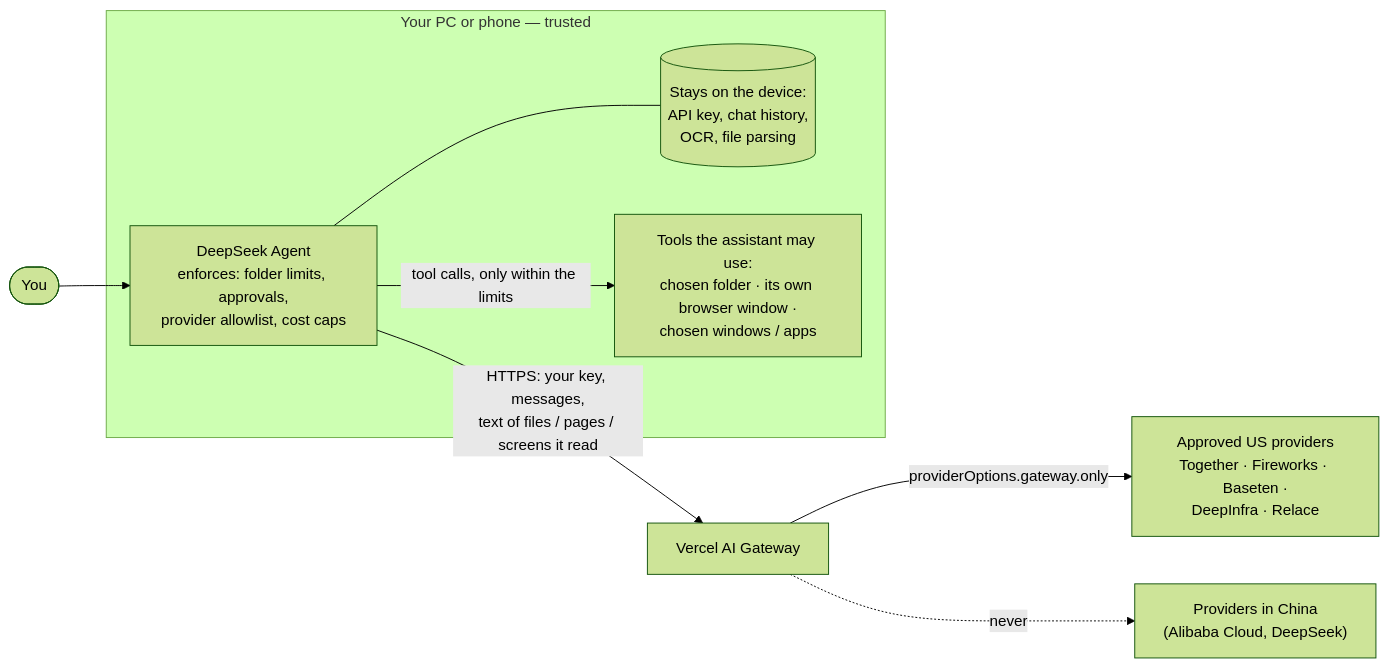
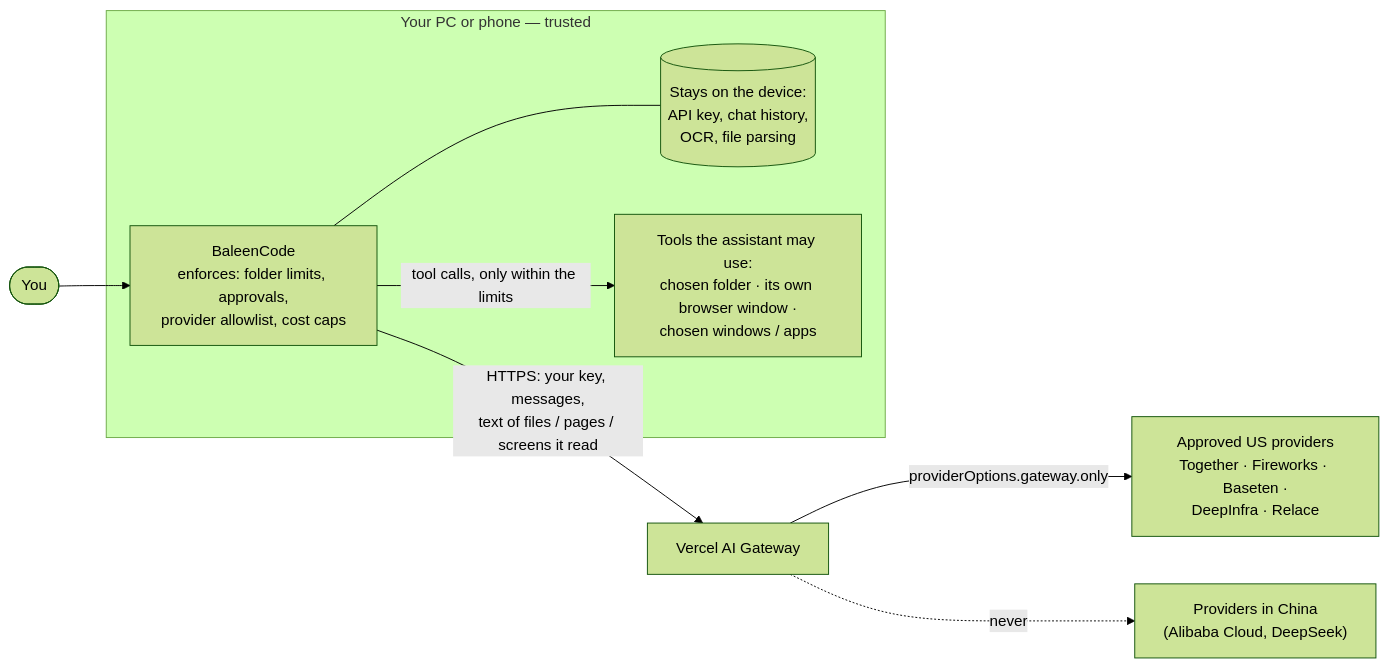
One commit to Manta-Boardgame/baleencode changed the diagram in README.md. Above: the diagram before and after it, drawn with Mermaid (forest theme). The commit also changed other lines of this file and 26 other files, not shown here.

First line of the commit message:
Rename to BaleenCode; add approval levels, /goal and slash commands

````diff
--- a/README.md
+++ b/README.md
@@ -29,16 +33,16 @@
 ```mermaid
 flowchart LR
     You([You]) --> App
 
     subgraph Device["Your PC or phone — trusted"]
-      App["DeepSeek Agent<br/>enforces: folder limits, approvals,<br/>provider allowlist, cost caps"]
+      App["BaleenCode<br/>enforces: folder limits, approvals,<br/>provider allowlist, cost caps"]
       Local[("Stays on the device:<br/>API key, chat history,<br/>OCR, file parsing")]
       Tools["Tools the assistant may use:<br/>chosen folder · its own browser window ·<br/>chosen windows / apps"]
       App --- Local
       App -->|"tool calls, only within the limits"| Tools
     end
 
     App -->|"HTTPS: your key, messages,<br/>text of files / pages / screens it read"| Gateway["Vercel AI Gateway"]
     Gateway -->|"providerOptions.gateway.only"| Providers["Approved US providers<br/>Together · Fireworks · Baseten ·<br/>DeepInfra · Relace"]
     Gateway -.->|"never"| China["Providers in China<br/>(Alibaba Cloud, DeepSeek)"]
 ```
````
